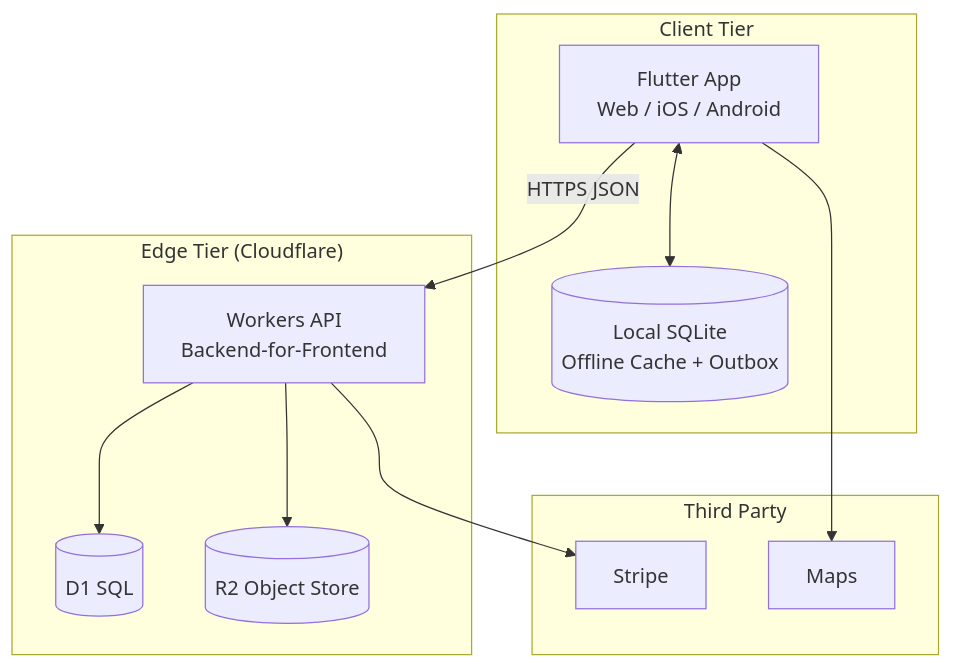
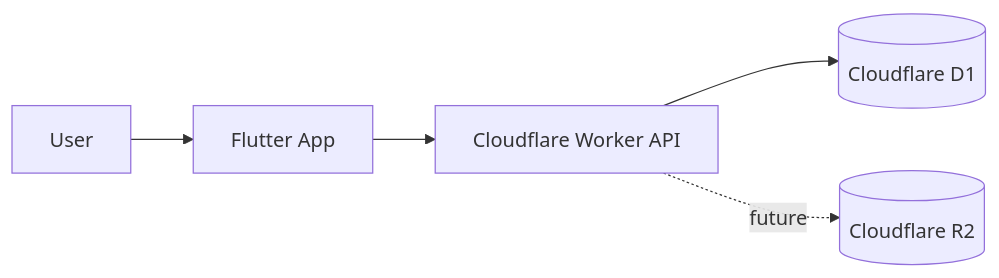
Before and after one commit to nathcymru/CiCwtch: the first of 3 diagrams in docs/architecture/diagrams.md, drawn with Mermaid. The commit also changed other lines of this file and 216 other files, not shown here.

````diff
--- a/docs/architecture/diagrams.md
+++ b/docs/architecture/diagrams.md
@@ -68,25 +26,7 @@
 ```mermaid
-flowchart TB
-  subgraph ClientTier["Client Tier"]
-    Flutter[Flutter App\nWeb / iOS / Android]
-    Local[(Local SQLite\nOffline Cache + Outbox)]
-  end
-
-  subgraph EdgeTier["Edge Tier (Cloudflare)"]
-    Worker[Workers API\nBackend-for-Frontend]
-    D1[(D1 SQL)]
-    R2[(R2 Object Store)]
-  end
-
-  subgraph ThirdParty["Third Party"]
-    Stripe[Stripe]
-    Maps[Maps]
-  end
-
-  Flutter <--> Local
-  Flutter -->|HTTPS JSON| Worker
-  Worker --> D1
-  Worker --> R2
-  Worker --> Stripe
-  Flutter --> Maps
+flowchart LR
+  User[User] --> Flutter[Flutter App]
+  Flutter --> Worker[Cloudflare Worker API]
+  Worker --> D1[(Cloudflare D1)]
+  Worker -. future .-> R2[(Cloudflare R2)]
 ```
````
